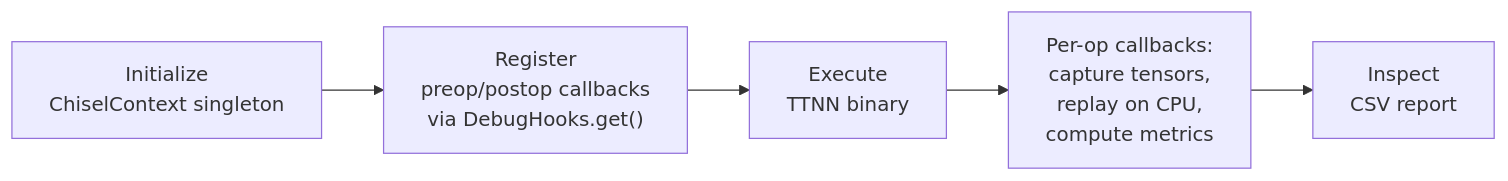
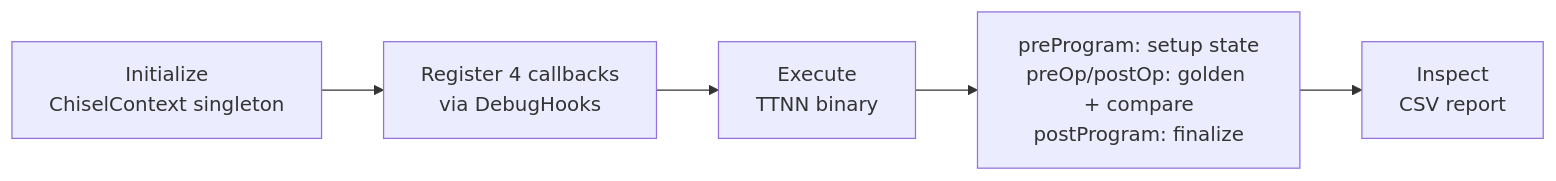
Before and after one commit to tenstorrent/tt-mlir: the diagram in tools/chisel/docs/feature_overview.md, drawn with Mermaid. The commit also changed other lines of this file and 7 other files, not shown here.

````diff
--- a/tools/chisel/docs/feature_overview.md
+++ b/tools/chisel/docs/feature_overview.md
@@ -43,7 +44,7 @@
 ```mermaid
 flowchart LR;
-    A["Initialize<br/>ChiselContext singleton"] --> B["Register<br/>preop/postop callbacks<br/>via DebugHooks.get()"]
+    A["Initialize<br/>ChiselContext singleton"] --> B["Register 4 callbacks<br/>via DebugHooks"]
     B --> C["Execute<br/>TTNN binary"]
-    C --> D["Per-op callbacks:<br/>capture tensors,<br/>replay on CPU,<br/>compute metrics"]
+    C --> D["preProgram: setup state<br/>preOp/postOp: golden + compare<br/>postProgram: finalize"]
     D --> E["Inspect<br/>CSV report"]
 ```
````
